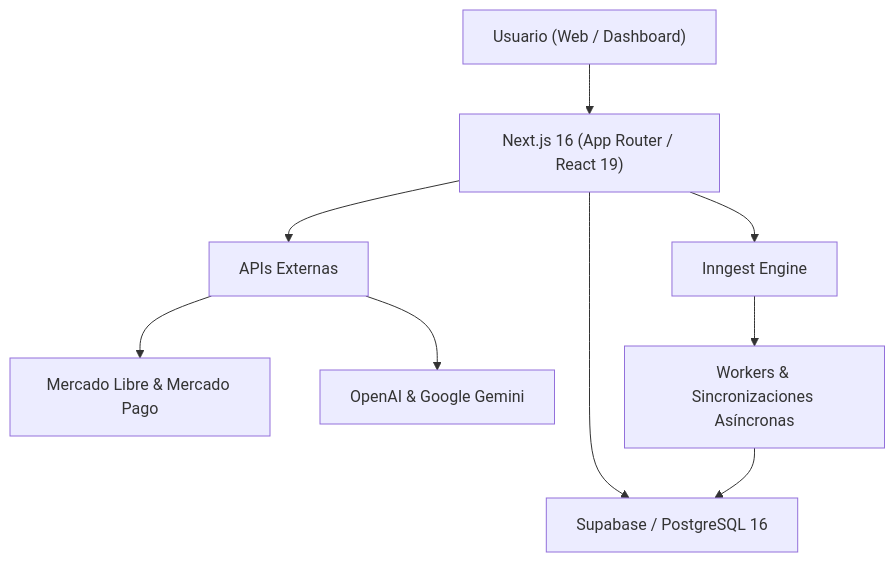
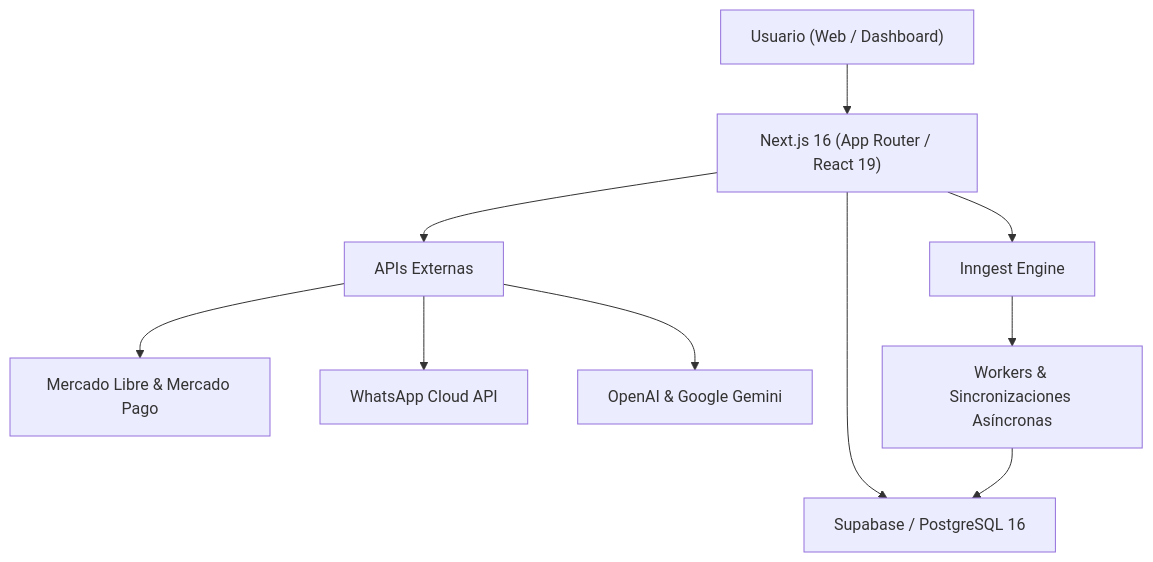
The diagram in README.md (yoelzoff-glitch/Stockly), drawn with Mermaid before and after one commit. The commit also changed other lines of this file and 21 other files, not shown here.

````diff
--- a/README.md
+++ b/README.md
@@ -85,11 +231,12 @@
 ```mermaid
 flowchart TD
     U["Usuario (Web / Dashboard)"] --> N["Next.js 16 (App Router / React 19)"]
     N --> S["Supabase / PostgreSQL 16"]
     N --> I["APIs Externas"]
     I --> M["Mercado Libre & Mercado Pago"]
+    I --> WSP["WhatsApp Cloud API"]
     I --> AI["OpenAI & Google Gemini"]
     N --> Q["Inngest Engine"]
     Q --> W["Workers & Sincronizaciones Asíncronas"]
     W --> S
 ```
````
